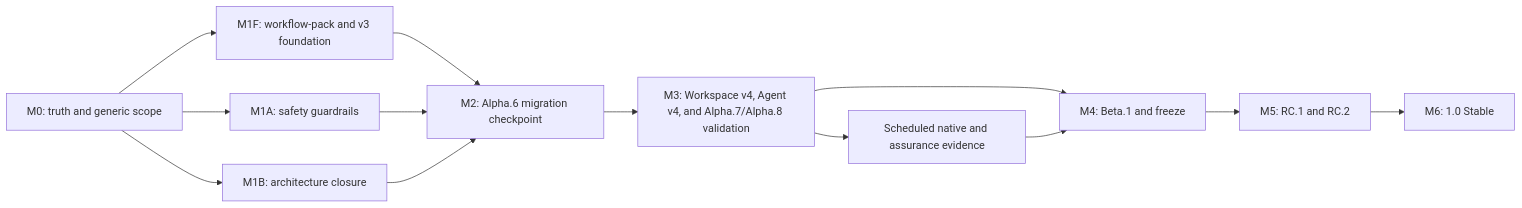
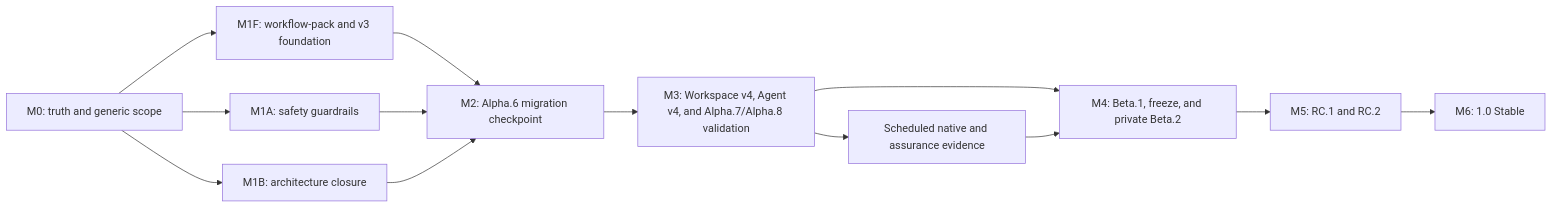
Before and after one commit to jxpeng98/CanISend: the diagram in docs/superpowers/plans/2026-07-25-1.0-release-roadmap.md, drawn with Mermaid. The commit also changed other lines of this file and 13 other files, not shown here.

````diff
--- a/docs/superpowers/plans/2026-07-25-1.0-release-roadmap.md
+++ b/docs/superpowers/plans/2026-07-25-1.0-release-roadmap.md
@@ -410,15 +418,15 @@
 ```mermaid
 flowchart LR
     M0["M0: truth and generic scope"] --> M1F["M1F: workflow-pack and v3 foundation"]
     M0 --> M1A["M1A: safety guardrails"]
     M0 --> M1B["M1B: architecture closure"]
     M1F --> M2["M2: Alpha.6 migration checkpoint"]
     M1A --> M2
     M1B --> M2
     M2 --> M3["M3: Workspace v4, Agent v4, and Alpha.7/Alpha.8 validation"]
-    M3 --> M4["M4: Beta.1 and freeze"]
+    M3 --> M4["M4: Beta.1, freeze, and private Beta.2"]
     M4 --> M5["M5: RC.1 and RC.2"]
     M5 --> M6["M6: 1.0 Stable"]
     M3 --> NATIVE["Scheduled native and assurance evidence"]
     NATIVE --> M4
 ```
````
